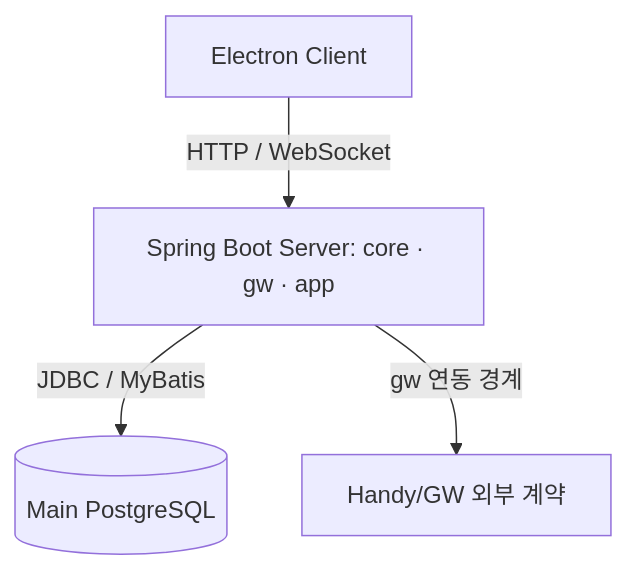
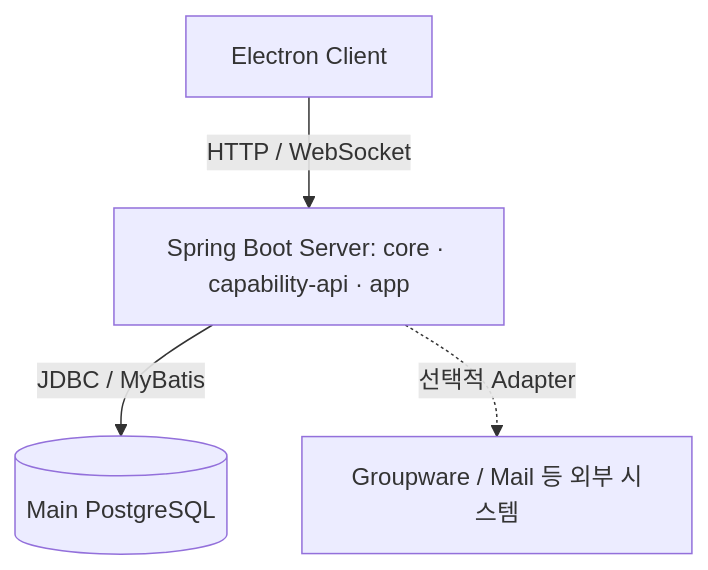
Before and after one commit to development-juhong/portfolio: the diagram in sroyio-portfolio/docs/architecture/architecture.md, drawn with Mermaid. The commit also changed other lines of this file and 1 other file, not shown here.

Commit message:
docs: align architecture and ERD with standalone portfolio

````diff
--- a/sroyio-portfolio/docs/architecture/architecture.md
+++ b/sroyio-portfolio/docs/architecture/architecture.md
@@ -7,6 +7,6 @@
 ```mermaid
 flowchart TD
-    Client["Electron Client"] -->|"HTTP / WebSocket"| Server["Spring Boot Server: core · gw · app"]
+    Client["Electron Client"] -->|"HTTP / WebSocket"| Server["Spring Boot Server: core · capability-api · app"]
     Server -->|"JDBC / MyBatis"| DB[("Main PostgreSQL")]
-    Server -->|"gw 연동 경계"| GW["Handy/GW 외부 계약"]
+    Server -.->|"선택적 Adapter"| External["Groupware / Mail 등 외부 시스템"]
 ```
````
